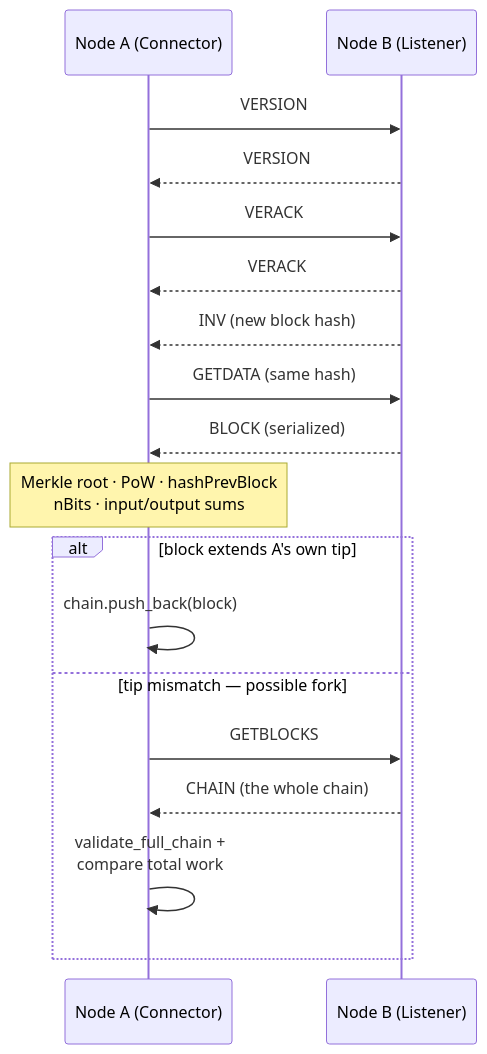
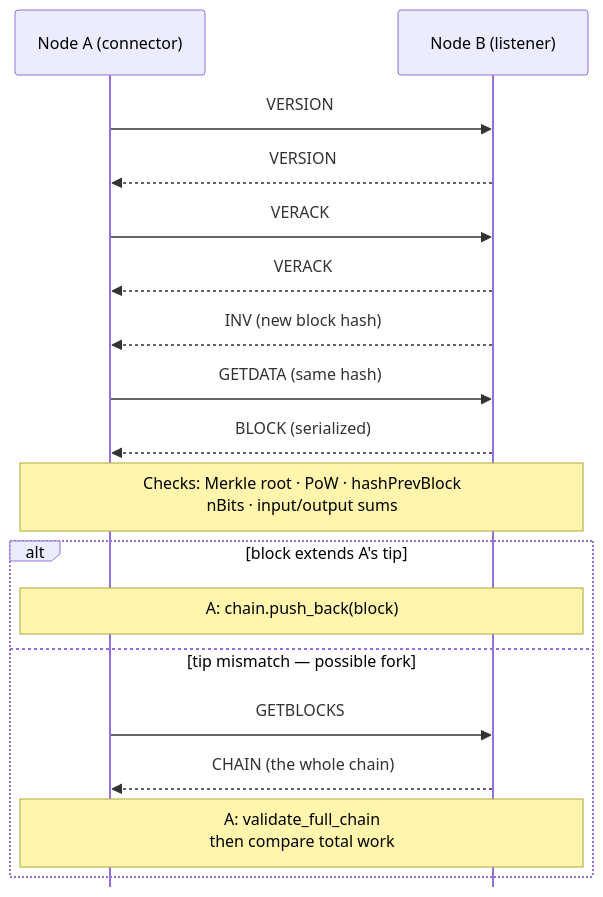
One commit to crypt0xCode/Siliqua changed the second of 2 diagrams in README.md. Above: the diagram before and after it, drawn with Mermaid. The commit also changed other lines of this file and 9 other files, not shown here.

First line of the commit message:
Added new blockchain features and edit schemes and diagrams, fixed .gitignore file.

````diff
--- a/README.md
+++ b/README.md
@@ -189,20 +186,21 @@
 ```mermaid
+%%{init: {"sequence": {"mirrorActors": false, "actorMargin": 180, "width": 190, "boxMargin": 10, "noteMargin": 12, "messageMargin": 34}}}%%
 sequenceDiagram
-    participant A as Node A (Connector)
-    participant B as Node B (Listener)
+    participant A as Node A (connector)
+    participant B as Node B (listener)
     A->>B: VERSION
     B-->>A: VERSION
     A->>B: VERACK
     B-->>A: VERACK
     B-->>A: INV (new block hash)
     A->>B: GETDATA (same hash)
     B-->>A: BLOCK (serialized)
-    Note over A: Merkle root · PoW · hashPrevBlock<br/>nBits · input/output sums
-    alt block extends A's own tip
-        A->>A: chain.push_back(block)
+    Note over A,B: Checks: Merkle root · PoW · hashPrevBlock<br/>nBits · input/output sums
+    alt block extends A's tip
+        Note over A,B: A: chain.push_back(block)
     else tip mismatch — possible fork
         A->>B: GETBLOCKS
         B-->>A: CHAIN (the whole chain)
-        A->>A: validate_full_chain +<br/>compare total work
+        Note over A,B: A: validate_full_chain<br/>then compare total work
     end
 ```
````
